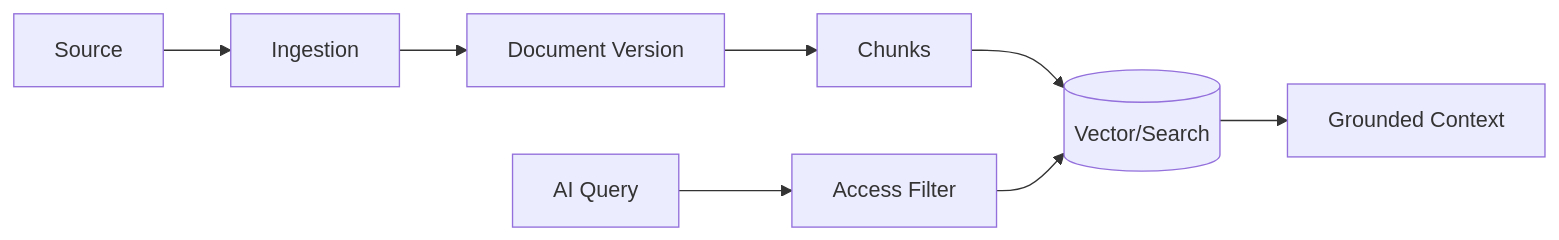
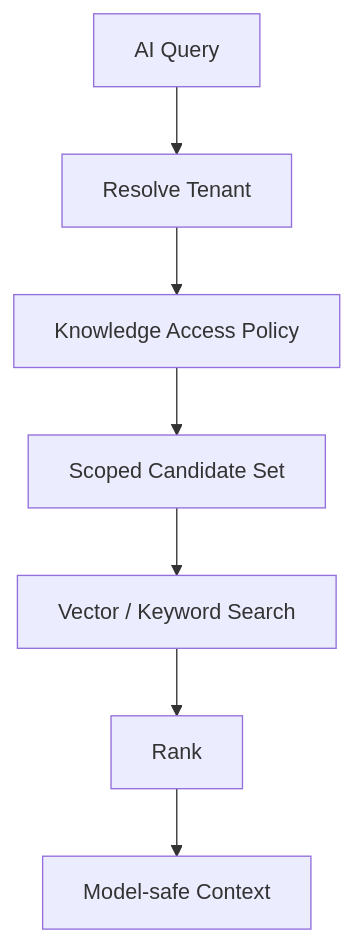
The fourth of 5 diagrams in docs/domain/knowledge.md (D-engahmed/OMILINKS), drawn with Mermaid before and after one commit. The commit also changed other lines of this file and 1 other file, not shown here.

Commit message:
docs: deepen ai and knowledge domain contracts

````diff
--- a/docs/domain/knowledge.md
+++ b/docs/domain/knowledge.md
@@ -37,10 +118,9 @@
 ```mermaid
-flowchart LR
-SRC[Source] --> ING[Ingestion]
-ING --> DOC[Document Version]
-DOC --> CH[Chunks]
-CH --> IDX[(Vector/Search)]
-QUERY[AI Query] --> POL[Access Filter]
-POL --> IDX
-IDX --> CTX[Grounded Context]
+flowchart TD
+Q[AI Query] --> TENANT[Resolve Tenant]
+TENANT --> POLICY[Knowledge Access Policy]
+POLICY --> FILTER[Scoped Candidate Set]
+FILTER --> SEARCH[Vector / Keyword Search]
+SEARCH --> RANK[Rank]
+RANK --> PROJ[Model-safe Context]
 ```
````
